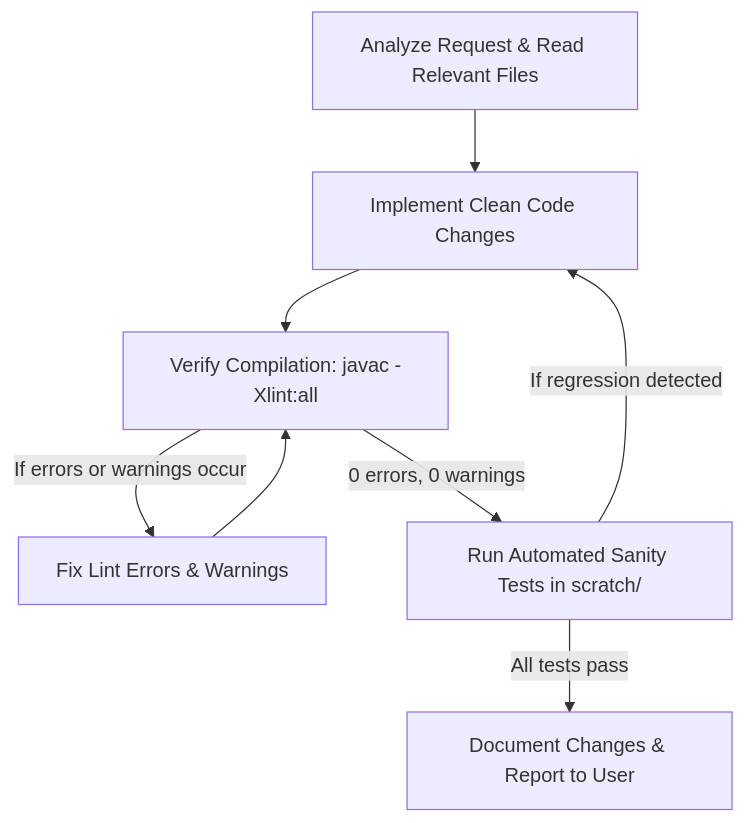
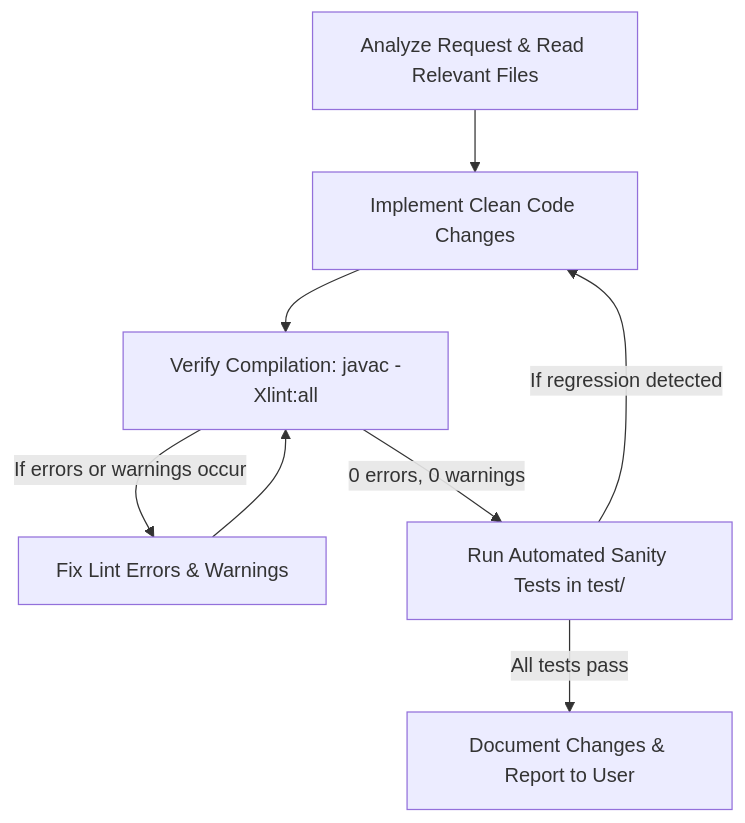
One commit to 1tsMeRaff/LuminasRegret changed the diagram in AGENTS.md. Above: the diagram before and after it, drawn with Mermaid. The commit also changed other lines of this file and 11 other files, not shown here.

````diff
--- a/AGENTS.md
+++ b/AGENTS.md
@@ -141,10 +143,10 @@
 ```mermaid
 graph TD
     A[Analyze Request & Read Relevant Files] --> B[Implement Clean Code Changes]
     B --> C[Verify Compilation: javac -Xlint:all]
     C -->|If errors or warnings occur| D[Fix Lint Errors & Warnings]
     D --> C
-    C -->|0 errors, 0 warnings| E[Run Automated Sanity Tests in scratch/]
+    C -->|0 errors, 0 warnings| E[Run Automated Sanity Tests in test/]
     E -->|If regression detected| B
     E -->|All tests pass| F[Document Changes & Report to User]
 ```
````
